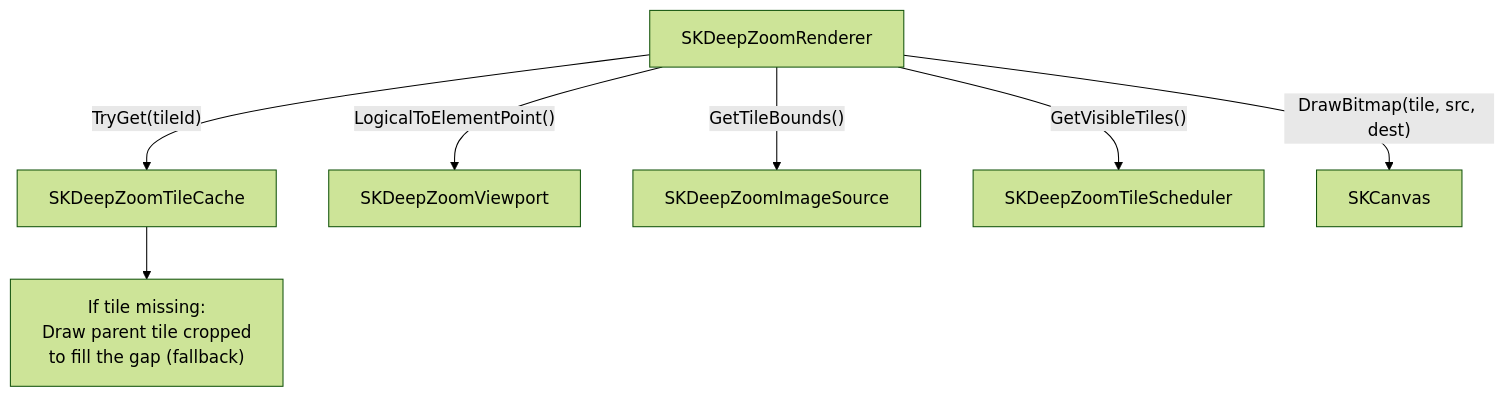
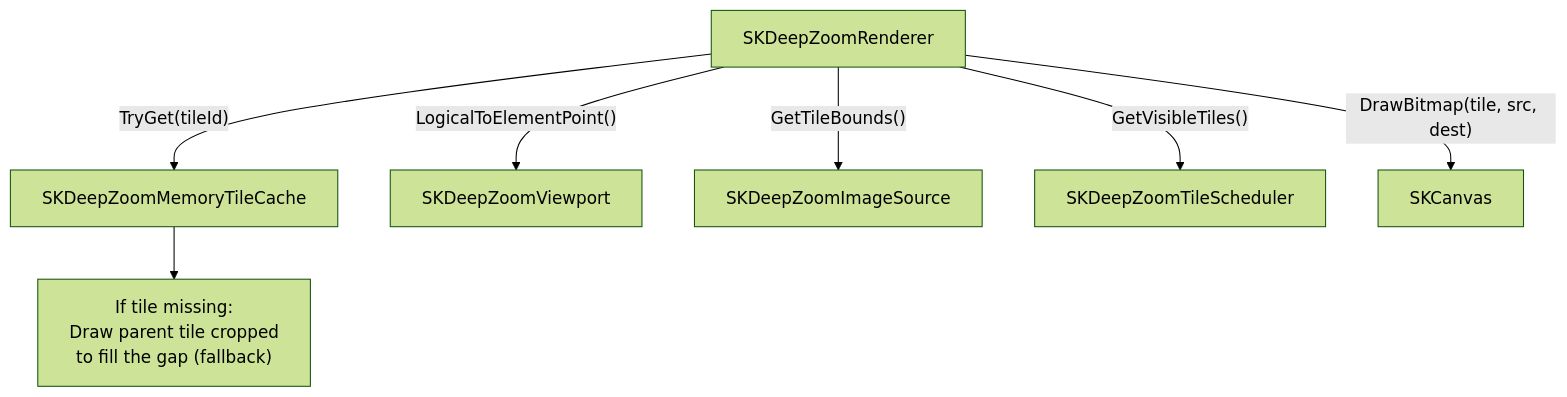
Before and after one commit to mono/SkiaSharp.Extended: the sixth of 7 diagrams in source/SkiaSharp.Extended/DeepZoom/README.md, drawn with Mermaid (forest theme). The commit also changed other lines of this file and 2 other files, not shown here.

First line of the commit message:
Fix cache rebuild losing image, fix unbounded memIndex, update README

````diff
--- a/source/SkiaSharp.Extended/DeepZoom/README.md
+++ b/source/SkiaSharp.Extended/DeepZoom/README.md
@@ -207,18 +207,18 @@
 ```mermaid
 flowchart TD
     Renderer["SKDeepZoomRenderer"]
-    Cache["SKDeepZoomTileCache"]
+    Cache["SKDeepZoomMemoryTileCache"]
     Viewport["SKDeepZoomViewport"]
     TileSource["SKDeepZoomImageSource"]
     Scheduler["SKDeepZoomTileScheduler"]
     Canvas["SKCanvas"]
 
     Renderer -->|"GetVisibleTiles()"| Scheduler
     Renderer -->|"TryGet(tileId)"| Cache
     Renderer -->|"LogicalToElementPoint()"| Viewport
     Renderer -->|"GetTileBounds()"| TileSource
     Renderer -->|"DrawBitmap(tile, src, dest)"| Canvas
 
     note1["If tile missing:\nDraw parent tile cropped\nto fill the gap (fallback)"]
     Cache --> note1
 ```
````
